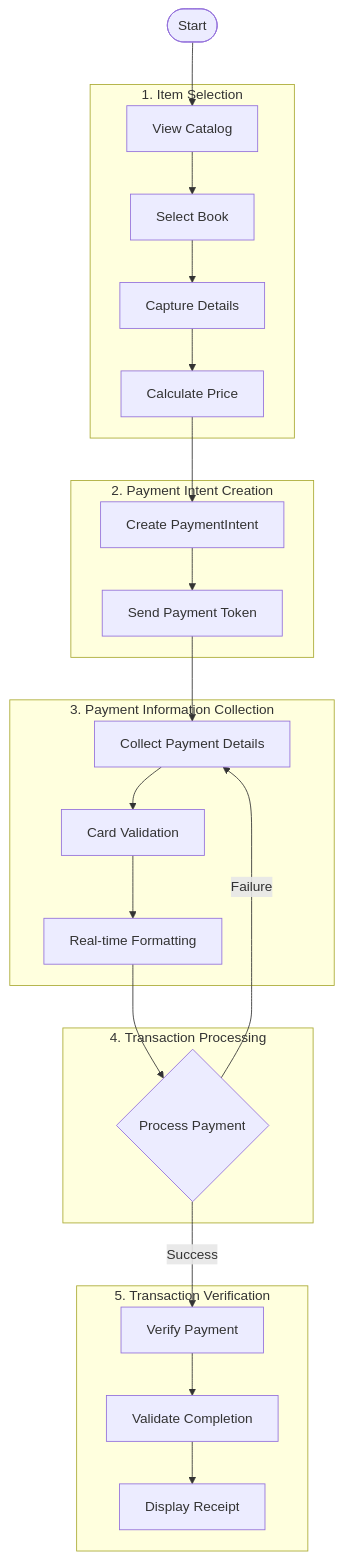
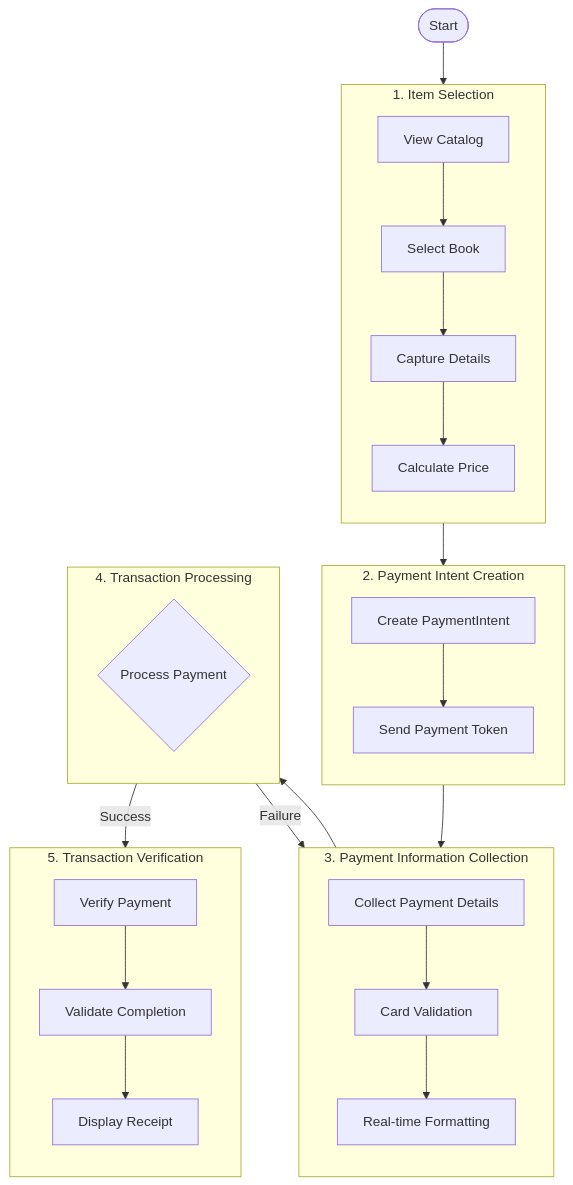
Before and after one commit to therealkevops/sa-thp-solution: the diagram in README.md, drawn with Mermaid.

Commit message:
minor edits

````diff
--- a/README.md
+++ b/README.md
@@ -65,45 +65,50 @@
 ```mermaid
 flowchart TB
     A([Start]) --> B1[View Catalog]
     B1 --> B2[Select Book]
     B2 --> B3[Capture Details]
     B3 --> B4[Calculate Price]
     B4 --> C[Create PaymentIntent]
     C --> D[Send Payment Token]
     D --> E[Collect Payment Details]
     E --> E1[Card Validation]
     E1 --> E2[Real-time Formatting]
     E2 --> F{Process Payment}
     F -->|Success| G[Verify Payment]
     F -->|Failure| E
     G --> G1[Validate Completion]
     G1 --> G2[Display Receipt]
 
     subgraph "1. Item Selection"
-    B1
-    B2
-    B3
-    B4
+        direction TB
+        B1
+        B2
+        B3
+        B4
     end
 
     subgraph "2. Payment Intent Creation"
-    C
-    D
+        direction TB
+        C
+        D
     end
 
     subgraph "3. Payment Information Collection"
-    E
-    E1
-    E2
+        direction TB
+        E
+        E1
+        E2
     end
 
     subgraph "4. Transaction Processing"
-    F
+        direction TB
+        F
     end
 
     subgraph "5. Transaction Verification"
-    G
-    G1
-    G2
+        direction TB
+        G
+        G1
+        G2
     end
 ```
````
